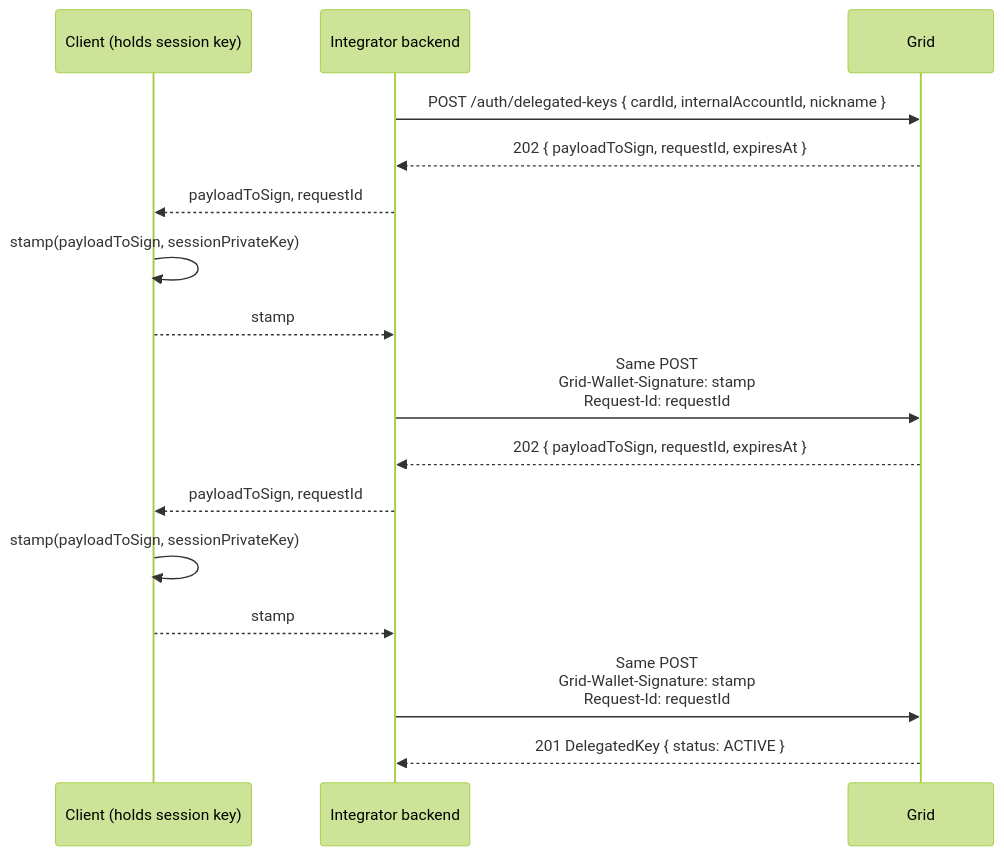
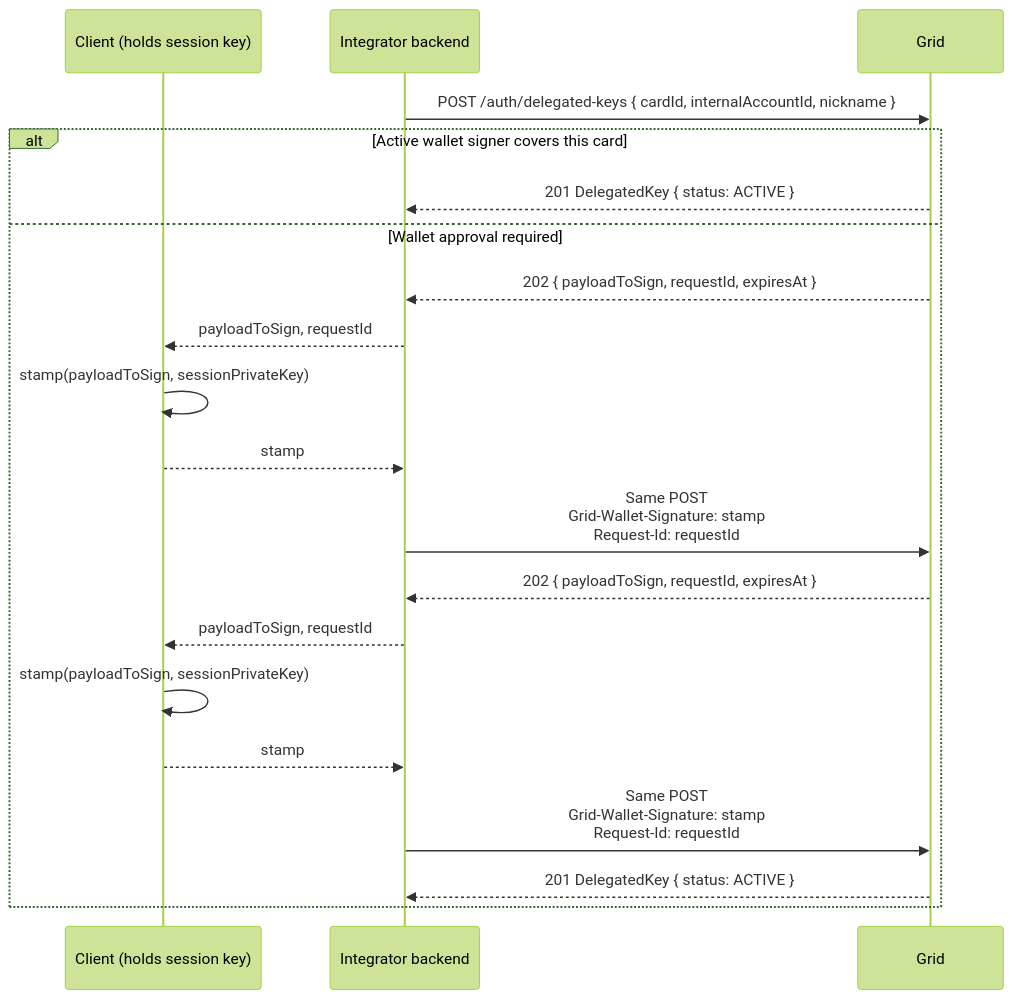
One commit to lightsparkdev/grid-api changed the diagram in mintlify/snippets/cards/embedded-wallet-funding.mdx. Above: the diagram before and after it, drawn with Mermaid (forest theme). The commit also changed other lines of this file and 8 other files, not shown here.

First line of the commit message:
feat(cards): define wallet-wide Turnkey card funding approval (#1451)

````diff
--- a/mintlify/snippets/cards/embedded-wallet-funding.mdx
+++ b/mintlify/snippets/cards/embedded-wallet-funding.mdx
@@ -81,19 +87,23 @@
 ```mermaid
 sequenceDiagram
   participant C as Client (holds session key)
   participant IB as Integrator backend
   participant G as Grid
 
   IB->>G: POST /auth/delegated-keys { cardId, internalAccountId, nickname }
-  G-->>IB: 202 { payloadToSign, requestId, expiresAt }
-  IB-->>C: payloadToSign, requestId
-  C->>C: stamp(payloadToSign, sessionPrivateKey)
-  C-->>IB: stamp
-  IB->>G: Same POST<br/>Grid-Wallet-Signature: stamp<br/>Request-Id: requestId
-  G-->>IB: 202 { payloadToSign, requestId, expiresAt }
-  IB-->>C: payloadToSign, requestId
-  C->>C: stamp(payloadToSign, sessionPrivateKey)
-  C-->>IB: stamp
-  IB->>G: Same POST<br/>Grid-Wallet-Signature: stamp<br/>Request-Id: requestId
-  G-->>IB: 201 DelegatedKey { status: ACTIVE }
+  alt Active wallet signer covers this card
+    G-->>IB: 201 DelegatedKey { status: ACTIVE }
+  else Wallet approval required
+    G-->>IB: 202 { payloadToSign, requestId, expiresAt }
+    IB-->>C: payloadToSign, requestId
+    C->>C: stamp(payloadToSign, sessionPrivateKey)
+    C-->>IB: stamp
+    IB->>G: Same POST<br/>Grid-Wallet-Signature: stamp<br/>Request-Id: requestId
+    G-->>IB: 202 { payloadToSign, requestId, expiresAt }
+    IB-->>C: payloadToSign, requestId
+    C->>C: stamp(payloadToSign, sessionPrivateKey)
+    C-->>IB: stamp
+    IB->>G: Same POST<br/>Grid-Wallet-Signature: stamp<br/>Request-Id: requestId
+    G-->>IB: 201 DelegatedKey { status: ACTIVE }
+  end
 ```
````
